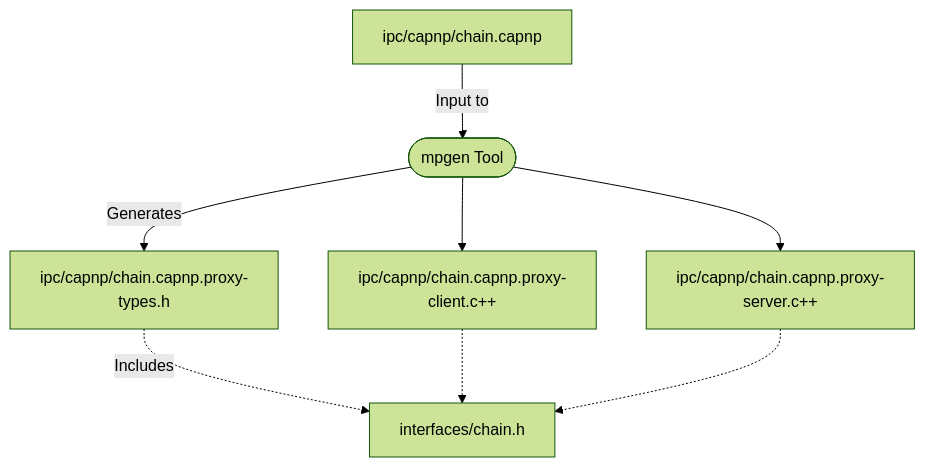
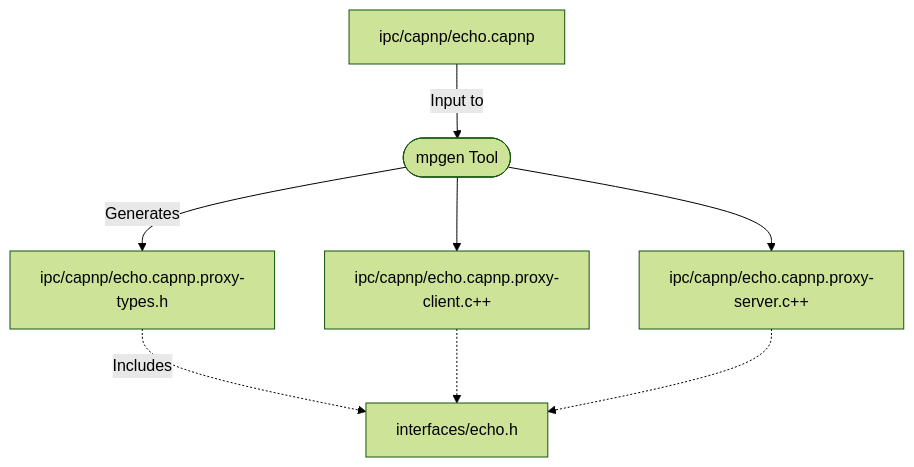
The second of 3 diagrams in doc/design/multiprocess.md (connectcoincrypto/connectcoin), drawn with Mermaid (forest theme) before and after one commit. The commit also changed other lines of this file and 75 other files, not shown here.

````diff
--- a/doc/design/multiprocess.md
+++ b/doc/design/multiprocess.md
@@ -90,10 +112,10 @@
 ```mermaid
 flowchart TD
-    capnpFile[ipc/capnp/chain.capnp] -->|Input to| mpgenTool([mpgen Tool])
-    mpgenTool -->|Generates| proxyTypesH[ipc/capnp/chain.capnp.proxy-types.h]
-    mpgenTool --> proxyClientCpp[ipc/capnp/chain.capnp.proxy-client.c++]
-    mpgenTool --> proxyServerCpp[ipc/capnp/chain.capnp.proxy-server.c++]
-    proxyTypesH -.->|Includes| interfaces/chain.h
-    proxyClientCpp -.-> interfaces/chain.h
-    proxyServerCpp -.-> interfaces/chain.h
+    capnpFile[ipc/capnp/echo.capnp] -->|Input to| mpgenTool([mpgen Tool])
+    mpgenTool -->|Generates| proxyTypesH[ipc/capnp/echo.capnp.proxy-types.h]
+    mpgenTool --> proxyClientCpp[ipc/capnp/echo.capnp.proxy-client.c++]
+    mpgenTool --> proxyServerCpp[ipc/capnp/echo.capnp.proxy-server.c++]
+    proxyTypesH -.->|Includes| interfaces/echo.h
+    proxyClientCpp -.-> interfaces/echo.h
+    proxyServerCpp -.-> interfaces/echo.h
 ```
````
